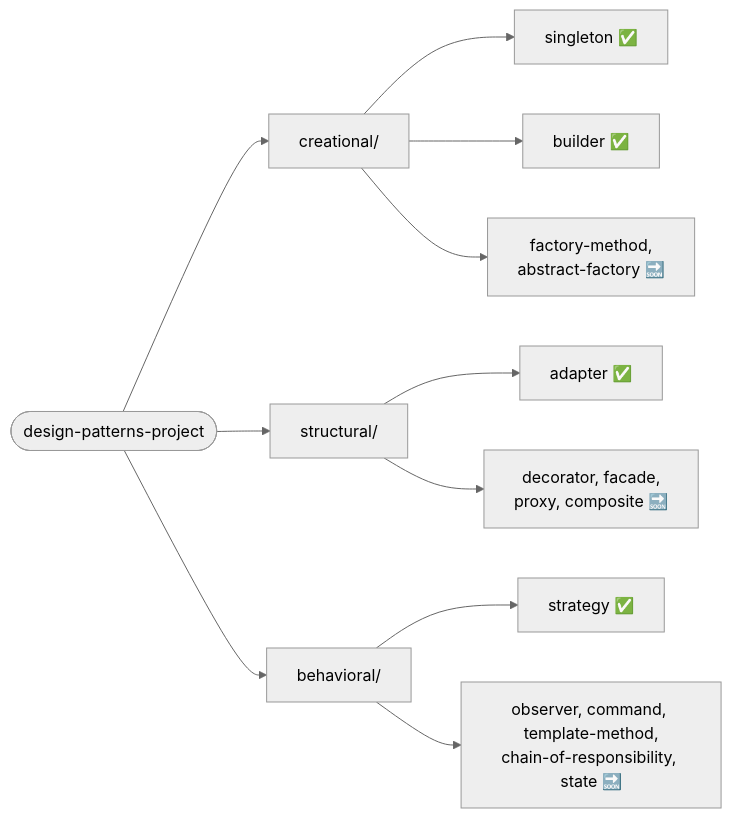
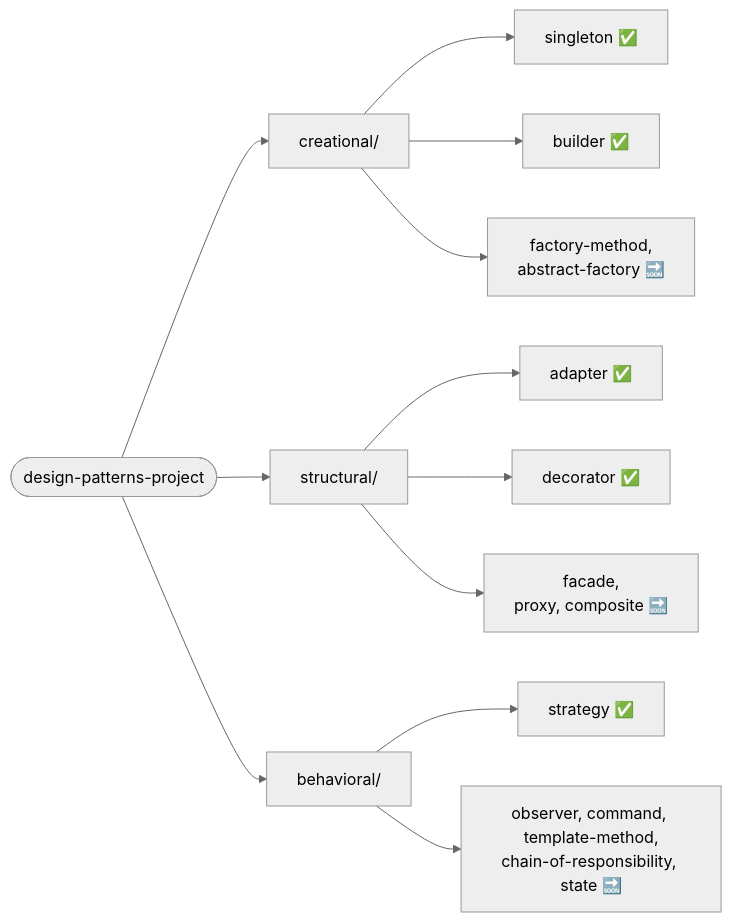
Before and after one commit to leon-lourenco/design-patterns-project: the diagram in README.md, drawn with Mermaid (neutral theme). The commit also changed other lines of this file and 19 other files, not shown here.

````diff
--- a/README.md
+++ b/README.md
@@ -81,13 +81,14 @@
 ```mermaid
 flowchart LR
     Root(["design-patterns-project"]) --> Creational["creational/"]
     Root --> Structural["structural/"]
     Root --> Behavioral["behavioral/"]
     Creational --> Singleton["singleton ✅"]
     Creational --> Builder["builder ✅"]
     Creational --> CreationalRest["factory-method,\nabstract-factory 🔜"]
     Structural --> Adapter["adapter ✅"]
-    Structural --> StructuralRest["decorator, facade,\nproxy, composite 🔜"]
+    Structural --> Decorator["decorator ✅"]
+    Structural --> StructuralRest["facade,\nproxy, composite 🔜"]
     Behavioral --> Strategy["strategy ✅"]
     Behavioral --> BehavioralRest["observer, command, template-method,\nchain-of-responsibility, state 🔜"]
 ```
````
